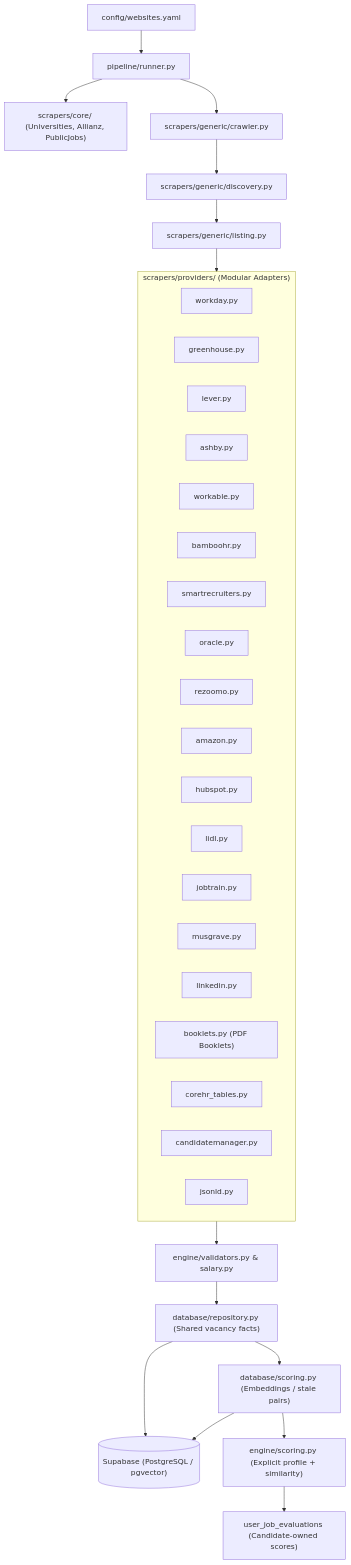
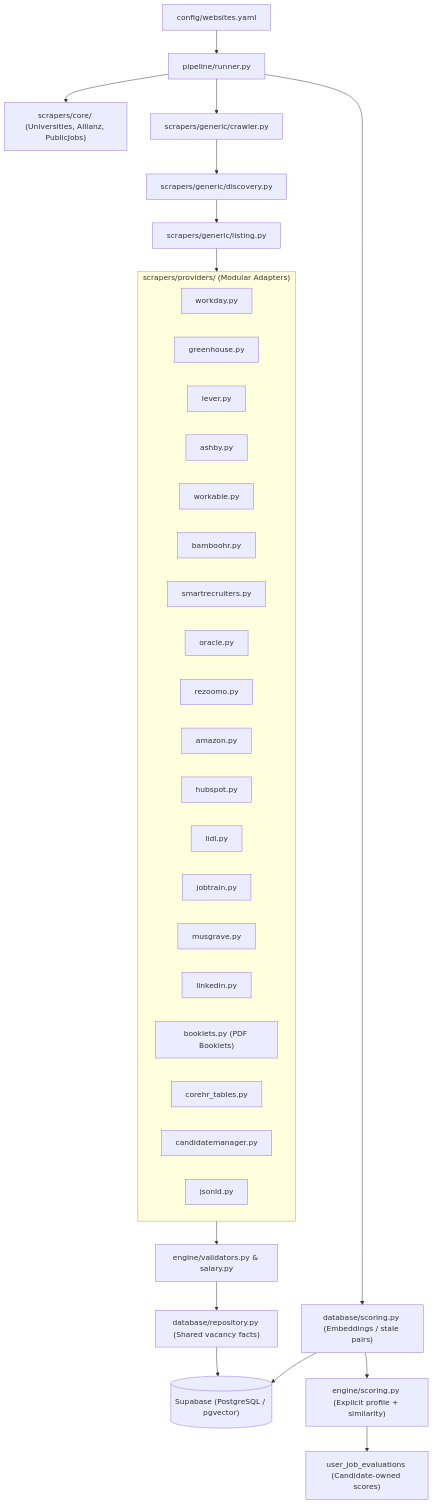
One commit to jae-labs/jobpulse changed the diagram in docs/SCRAPER_ARCHITECTURE.md. Above: the diagram before and after it, drawn with Mermaid. The commit also changed other lines of this file and 49 other files, not shown here.

````diff
--- a/docs/SCRAPER_ARCHITECTURE.md
+++ b/docs/SCRAPER_ARCHITECTURE.md
@@ -7,39 +7,39 @@
 ```mermaid
 flowchart TD
     Config["config/websites.yaml"] --> Runner["pipeline/runner.py"]
     Runner --> Specialized["scrapers/core/ (Universities, Allianz, PublicJobs)"]
     Runner --> Generic["scrapers/generic/crawler.py"]
     Generic --> Discovery["scrapers/generic/discovery.py"]
     Discovery --> Dispatcher["scrapers/generic/listing.py"]
 
     subgraph Providers ["scrapers/providers/ (Modular Adapters)"]
         Workday["workday.py"]
         Greenhouse["greenhouse.py"]
         Lever["lever.py"]
         Ashby["ashby.py"]
         Workable["workable.py"]
         BambooHR["bamboohr.py"]
         SmartRecruiters["smartrecruiters.py"]
         Oracle["oracle.py"]
         Rezoomo["rezoomo.py"]
         Amazon["amazon.py"]
         HubSpot["hubspot.py"]
         Lidl["lidl.py"]
         JobTrain["jobtrain.py"]
         Musgrave["musgrave.py"]
         LinkedIn["linkedin.py"]
         Booklets["booklets.py (PDF Booklets)"]
         CoreHR["corehr_tables.py"]
         CandidateManager["candidatemanager.py"]
         JsonLD["jsonld.py"]
     end
 
     Dispatcher --> Providers
     Providers --> Validation["engine/validators.py & salary.py"]
     Validation --> Repository["database/repository.py (Shared vacancy facts)"]
     Repository --> Supabase[("Supabase (PostgreSQL / pgvector)")]
-    Repository --> Cache["database/scoring.py (Embeddings / stale pairs)"]
+    Runner --> Cache["database/scoring.py (Embeddings / stale pairs)"]
     Cache --> Supabase
     Cache --> Scoring["engine/scoring.py (Explicit profile + similarity)"]
     Scoring --> Evaluations["user_job_evaluations (Candidate-owned scores)"]
 ```
````
